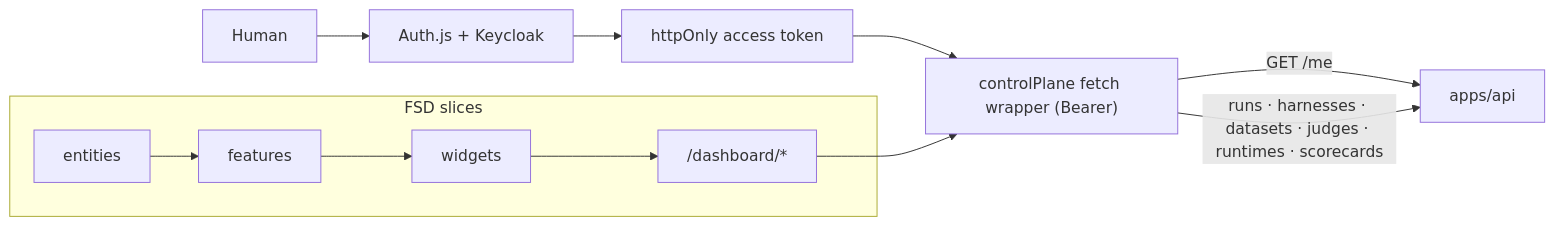
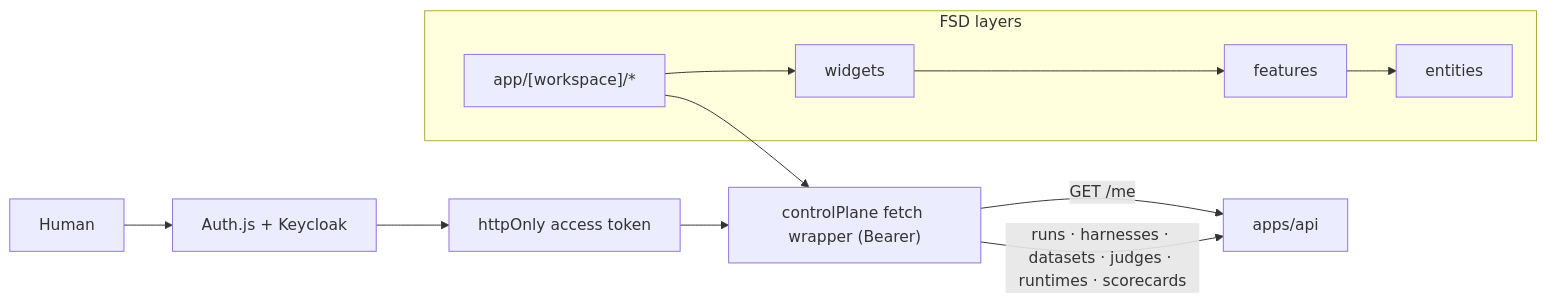
Diagram 24 of 24 in docs/architecture/collaboration.md (everdict/everdict), drawn with Mermaid before and after one commit. The commit also changed other lines of this file and 179 other files, not shown here.

````diff
--- a/docs/architecture/collaboration.md
+++ b/docs/architecture/collaboration.md
@@ -994,12 +1070,12 @@
 ```mermaid
 flowchart LR
   user[Human] --> NextAuth["Auth.js + Keycloak"]
   NextAuth --> cookie["httpOnly access token"]
   cookie --> controlPlane["controlPlane fetch wrapper (Bearer)"]
   controlPlane -->|"GET /me"| api["apps/api"]
   controlPlane -->|"runs · harnesses · datasets · judges · runtimes · scorecards"| api
-  subgraph fsd["FSD slices"]
-    entities --> features --> widgets --> pages["/dashboard/*"]
+  subgraph fsd["FSD layers"]
+    pages["app/[workspace]/*"] --> widgets --> features --> entities
   end
   pages --> controlPlane
 ```
````
